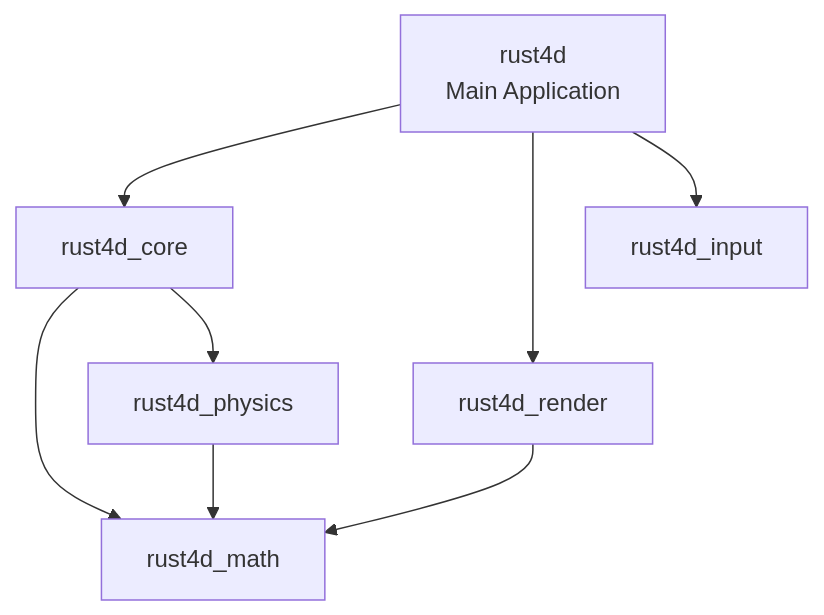
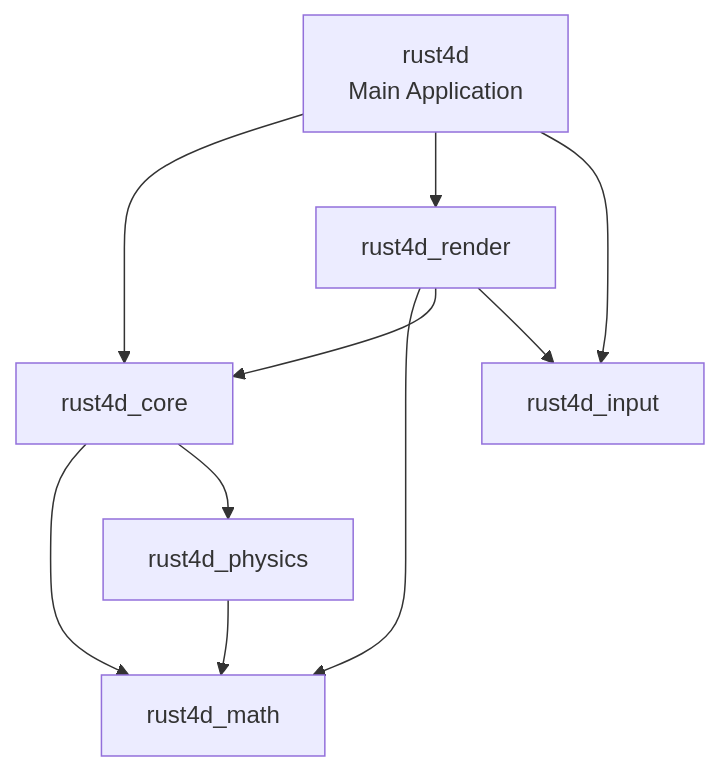
Before and after one commit to Lemon9247/Rust4D: the first of 7 diagrams in ARCHITECTURE.md, drawn with Mermaid. The commit also changed other lines of this file, not shown here.

Commit message:
Fix ARCHITECTURE.md dependency diagram
Add missing rust4d_render -> rust4d_input and rust4d_render -> rust4d_core
dependencies to the crate diagram. Note the CameraControl trait coupling
that may be refactored in a future phase.

````diff
--- a/ARCHITECTURE.md
+++ b/ARCHITECTURE.md
@@ -9,10 +9,12 @@
 ```mermaid
 graph TD
     rust4d[rust4d<br/>Main Application] --> rust4d_core
     rust4d --> rust4d_render
     rust4d --> rust4d_input
     rust4d_core --> rust4d_math
     rust4d_core --> rust4d_physics
     rust4d_render --> rust4d_math
+    rust4d_render --> rust4d_core
+    rust4d_render --> rust4d_input
     rust4d_physics --> rust4d_math
 ```
````
